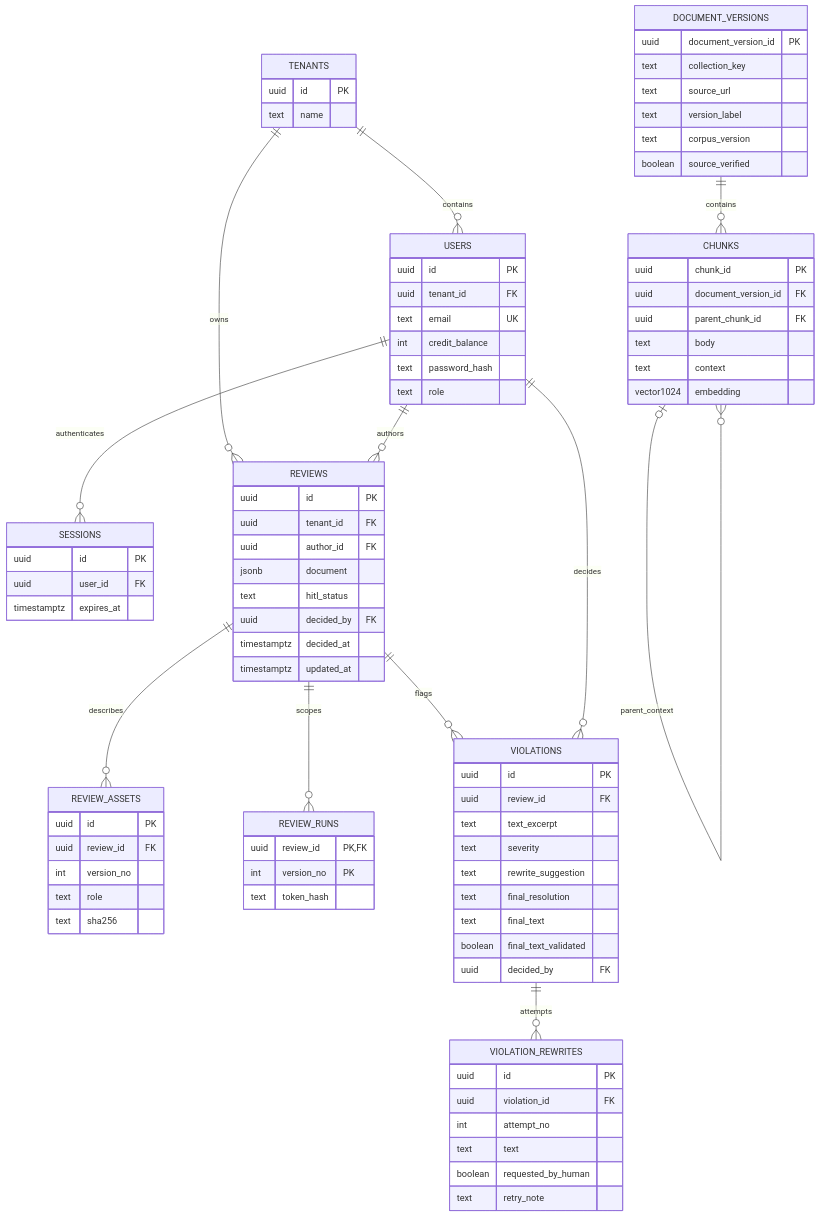
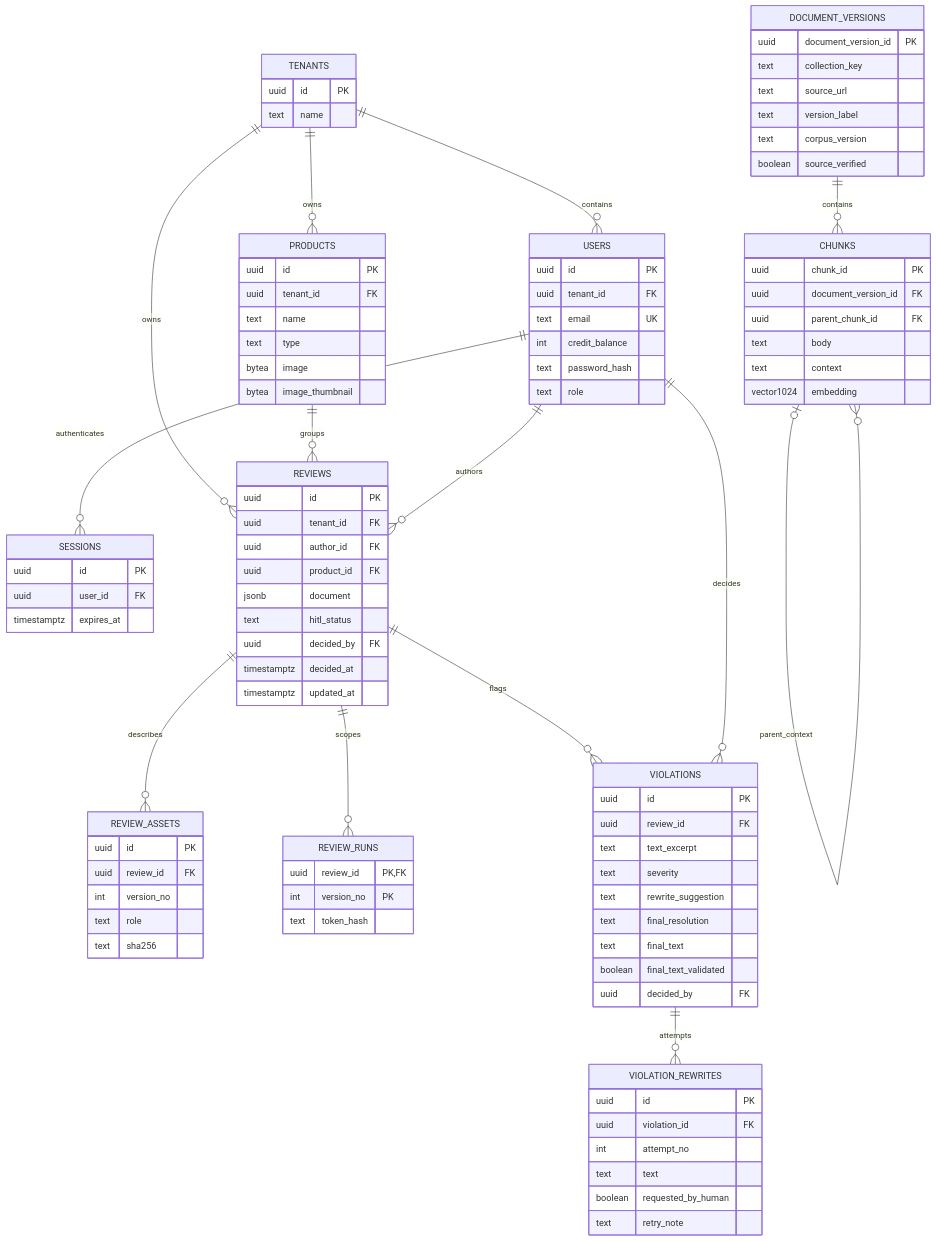
One commit to SKALA-AI-Agent-Capstone/backend changed the diagram in docs/04-data.md. Above: the diagram before and after it, drawn with Mermaid. The commit also changed other lines of this file and 13 other files, not shown here.

First line of the commit message:
feat(products): group ad reviews under products

```diff
--- a/docs/04-data.md
+++ b/docs/04-data.md
@@ -135,6 +135,8 @@
     TENANTS ||--o{ USERS : contains
     USERS ||--o{ SESSIONS : authenticates
     TENANTS ||--o{ REVIEWS : owns
+    TENANTS ||--o{ PRODUCTS : owns
+    PRODUCTS ||--o{ REVIEWS : groups
     USERS ||--o{ REVIEWS : authors
     REVIEWS ||--o{ REVIEW_ASSETS : describes
     REVIEWS ||--o{ REVIEW_RUNS : scopes
@@ -160,10 +162,19 @@
       uuid user_id FK
       timestamptz expires_at
     }
+    PRODUCTS {
+      uuid id PK
+      uuid tenant_id FK
+      text name
+      text type
+      bytea image
+      bytea image_thumbnail
+    }
     REVIEWS {
       uuid id PK
       uuid tenant_id FK
       uuid author_id FK
+      uuid product_id FK
       jsonb document
       text hitl_status
       uuid decided_by FK
```
